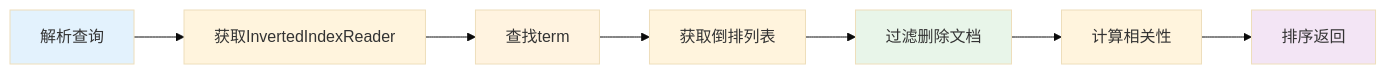
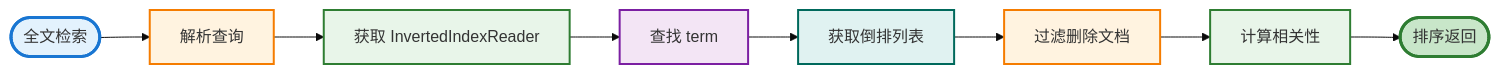
One commit to zhouzhilong-commits/zhouzhilong-commits.github.io changed diagram 24 of 25 in _posts/2025-06-11-indexlib-4-query-flow.md. Above: the diagram before and after it, drawn with Mermaid (base theme). The commit also changed other lines of this file and 10 other files, not shown here.

````diff
--- a/_posts/2025-06-11-indexlib-4-query-flow.md
+++ b/_posts/2025-06-11-indexlib-4-query-flow.md
@@ -1744,14 +1879,20 @@
 ```mermaid
-graph LR
-    A[解析查询] --> B[获取InvertedIndexReader]
-    B --> C[查找term]
-    C --> D[获取倒排列表]
-    D --> E[过滤删除文档]
-    E --> F[计算相关性]
-    F --> G[排序返回]
+flowchart LR
+    Start([全文检索]) --> S1[解析查询]
     
-    style A fill:#e3f2fd
-    style C fill:#fff3e0
-    style E fill:#e8f5e9
-    style G fill:#f3e5f5
+    S1 --> S2[获取 InvertedIndexReader]
+    S2 --> S3[查找 term]
+    S3 --> S4[获取倒排列表]
+    S4 --> S5[过滤删除文档]
+    S5 --> S6[计算相关性]
+    S6 --> End([排序返回])
+    
+    style Start fill:#e3f2fd,stroke:#1976d2,stroke-width:3px
+    style S1 fill:#fff3e0,stroke:#f57c00,stroke-width:2px
+    style S2 fill:#e8f5e9,stroke:#2e7d32,stroke-width:2px
+    style S3 fill:#f3e5f5,stroke:#7b1fa2,stroke-width:2px
+    style S4 fill:#e0f2f1,stroke:#00695c,stroke-width:2px
+    style S5 fill:#fff3e0,stroke:#f57c00,stroke-width:2px
+    style S6 fill:#e8f5e9,stroke:#2e7d32,stroke-width:2px
+    style End fill:#c8e6c9,stroke:#2e7d32,stroke-width:3px
 ```
````
